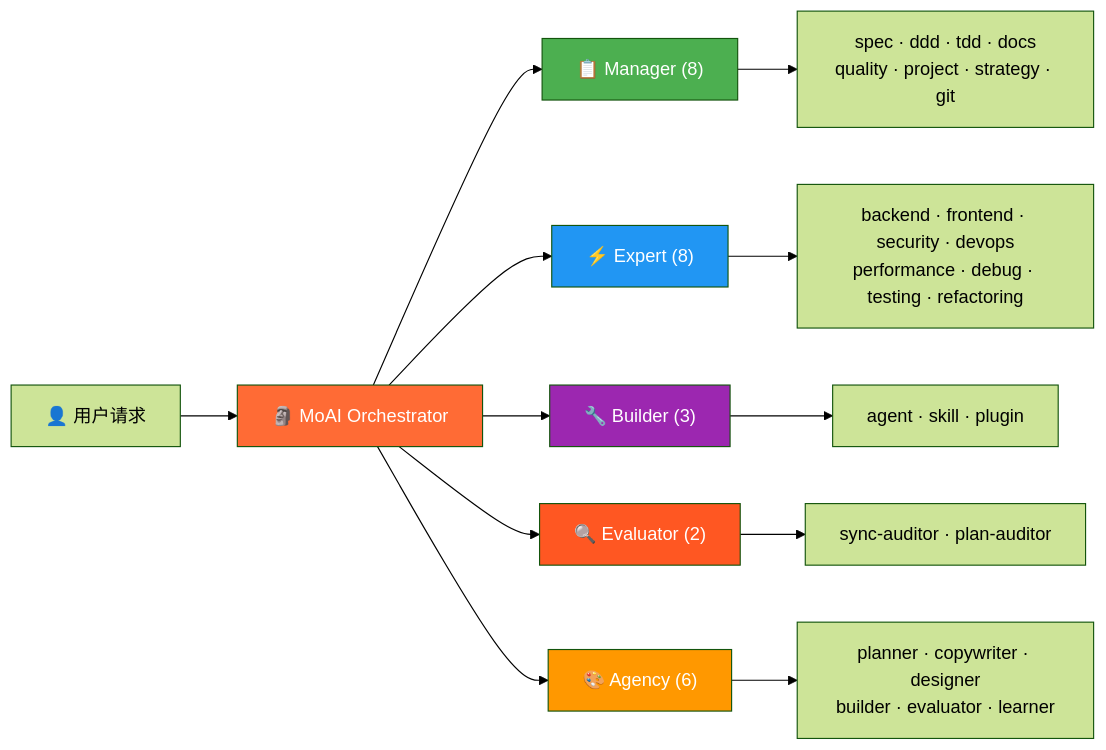
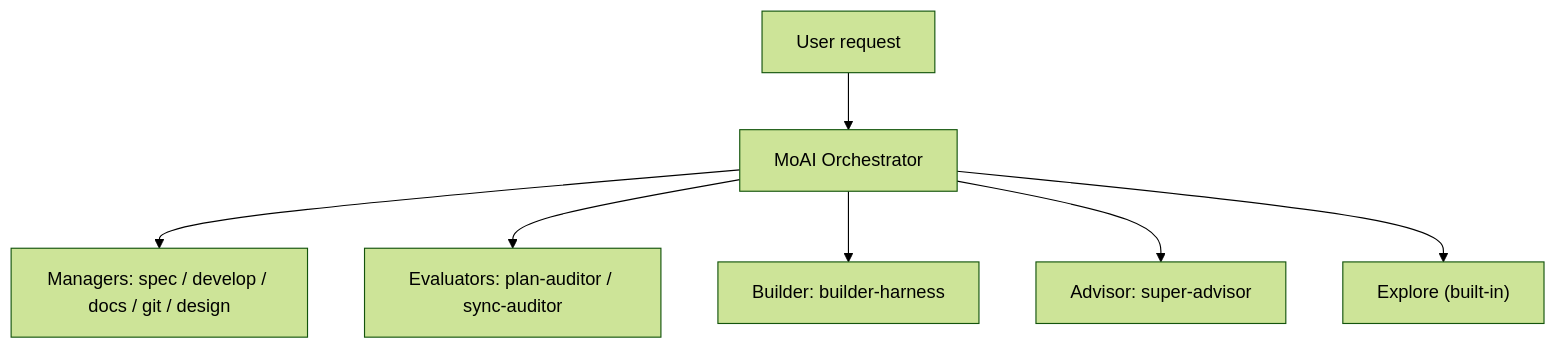
One commit to modu-ai/moai-adk changed the third of 5 diagrams in README.zh.md. Above: the diagram before and after it, drawn with Mermaid (forest theme). The commit also changed other lines of this file and 395 other files, not shown here.

````diff
--- a/README.zh.md
+++ b/README.zh.md
@@ -262,23 +370,9 @@
 ```mermaid
-graph LR
-    U["👤 用户请求"] --> M["🗿 MoAI Orchestrator"]
-
-    M --> MG["📋 Manager (8)"]
-    M --> EX["⚡ Expert (8)"]
-    M --> BL["🔧 Builder (3)"]
-    M --> EV["🔍 Evaluator (2)"]
-    M --> AG["🎨 Agency (6)"]
-
-    MG --> MG1["spec · ddd · tdd · docs<br/>quality · project · strategy · git"]
-    EX --> EX1["backend · frontend · security · devops<br/>performance · debug · testing · refactoring"]
-    BL --> BL1["agent · skill · plugin"]
-    EV --> EV1["sync-auditor · plan-auditor"]
-    AG --> AG1["planner · copywriter · designer<br/>builder · evaluator · learner"]
-
-    style M fill:#FF6B35,color:#fff
-    style MG fill:#4CAF50,color:#fff
-    style EX fill:#2196F3,color:#fff
-    style BL fill:#9C27B0,color:#fff
-    style EV fill:#FF5722,color:#fff
-    style AG fill:#FF9800,color:#fff
+flowchart TD
+    U["User request"] --> M["MoAI Orchestrator"]
+    M --> MG1["Managers: spec / develop / docs / git / design"]
+    M --> EV["Evaluators: plan-auditor / sync-auditor"]
+    M --> BD["Builder: builder-harness"]
+    M --> AD["Advisor: super-advisor"]
+    M --> EX["Explore (built-in)"]
 ```
````
